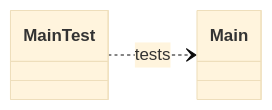
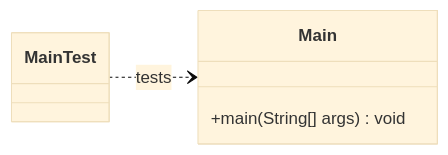
The diagram in docs/UML.md (Adam-Kharon/CS_2430_Programming_Project_3), drawn with Mermaid (base theme) before and after one commit.

Commit message:
Fix method signature in UML class diagram

````diff
--- a/docs/UML.md
+++ b/docs/UML.md
@@ -1,14 +1,14 @@
 ```mermaid
 classDiagram
     direction LR
 
     class Main {
-
+        +main(String[] args) void
     }
 
     class MainTest {
         
     }
 
     MainTest ..> Main : tests
 ```
````
